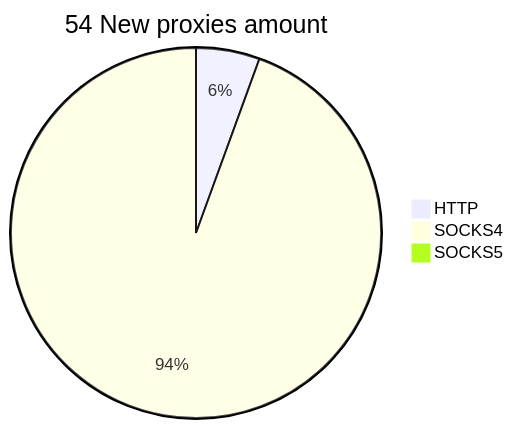
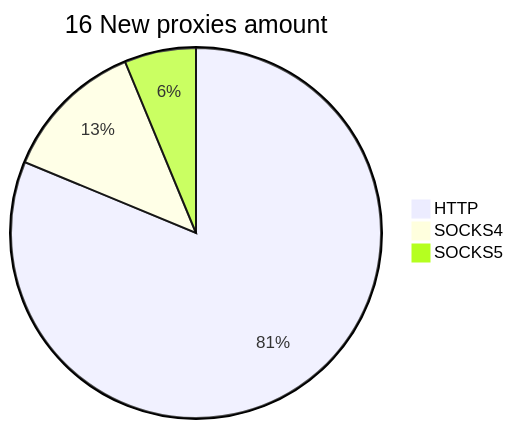
One commit to cutipu/proxylist changed the second of 2 diagrams in README.md. Above: the diagram before and after it, drawn with Mermaid. The commit also changed other lines of this file, not shown here.

````diff
--- a/README.md
+++ b/README.md
@@ -10,6 +10,6 @@
 ```mermaid
-pie title 54 New proxies amount
-    "HTTP" : 3
-    "SOCKS4" : 51
-    "SOCKS5" : 0
+pie title 16 New proxies amount
+    "HTTP" : 13
+    "SOCKS4" : 2
+    "SOCKS5" : 1
 ```
````
